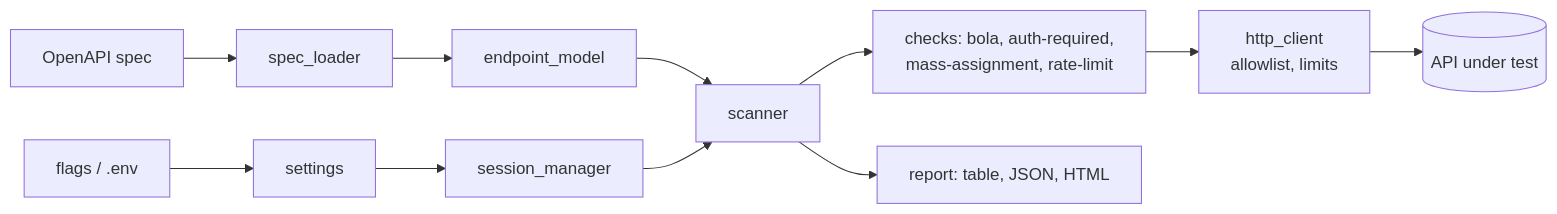
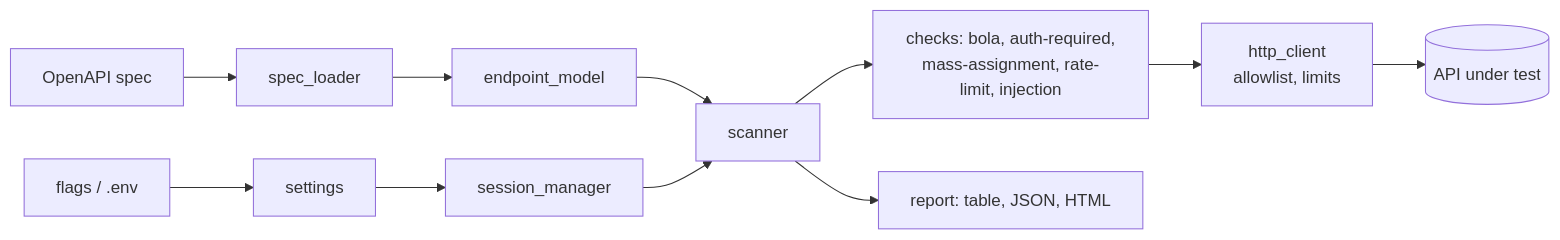
The diagram in README.md (mateivarvara100-cloud/apisecurityfuzzer), drawn with Mermaid before and after one commit. The commit also changed other lines of this file and 6 other files, not shown here.

````diff
--- a/README.md
+++ b/README.md
@@ -236,12 +249,12 @@
 ```mermaid
 flowchart LR
     spec[OpenAPI spec] --> loader[spec_loader] --> model[endpoint_model]
     env[flags / .env] --> settings
     settings --> session[session_manager]
     model --> scanner
     session --> scanner
-    scanner --> checks["checks: bola, auth-required,<br/>mass-assignment, rate-limit"]
+    scanner --> checks["checks: bola, auth-required,<br/>mass-assignment, rate-limit, injection"]
     checks --> client[http_client<br/>allowlist, limits]
     client --> target[(API under test)]
     scanner --> report[report: table, JSON, HTML]
 ```
````
